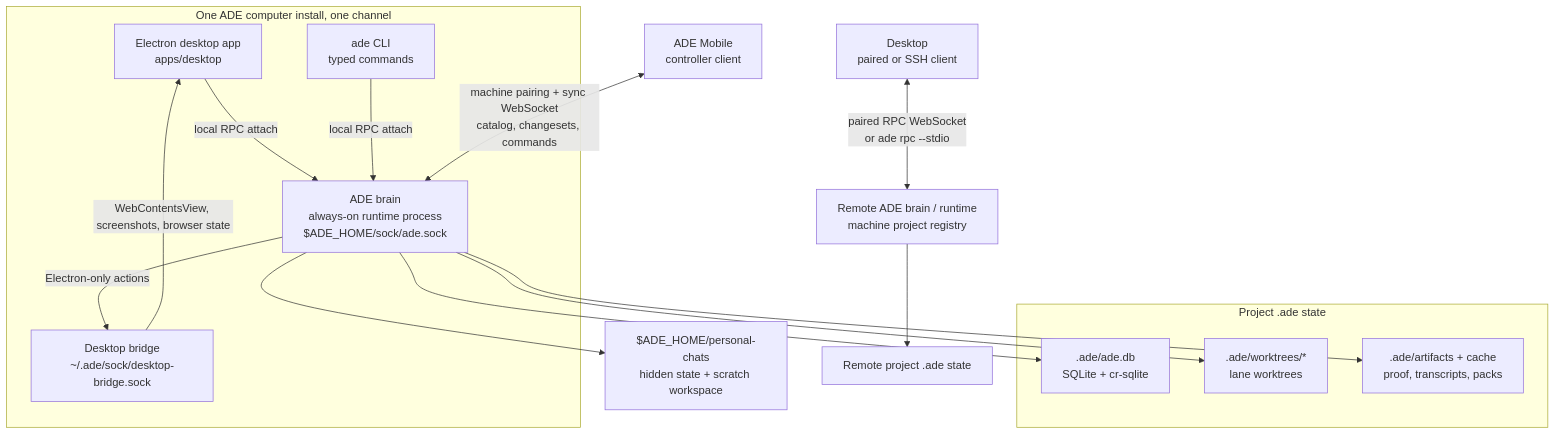
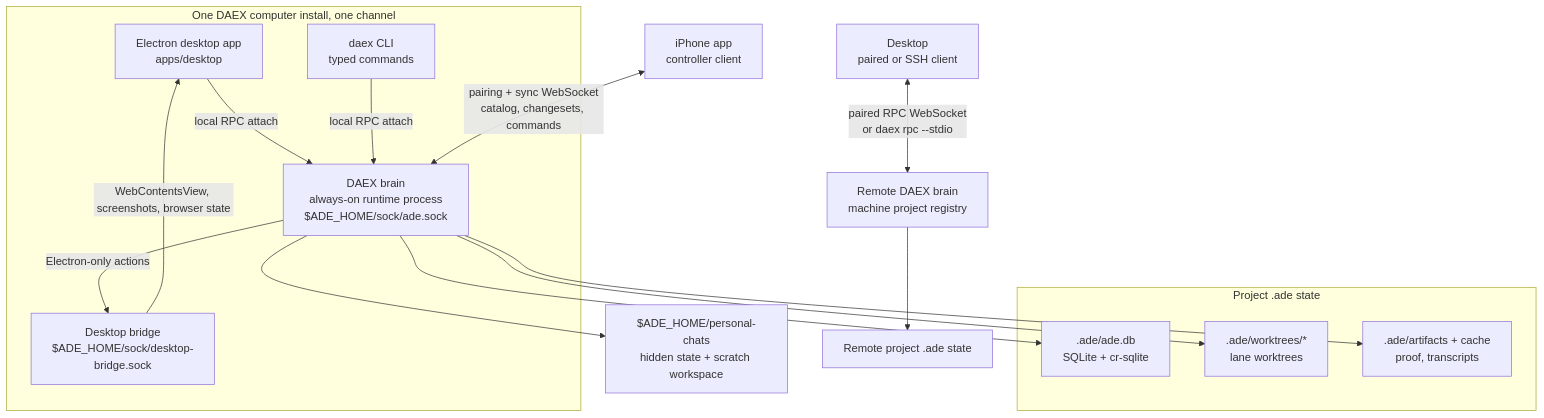
One commit to arul28/ADE changed the diagram in docs/ARCHITECTURE.md. Above: the diagram before and after it, drawn with Mermaid. The commit also changed other lines of this file and 1 other file, not shown here.

First line of the commit message:
docs(brand): PRD and ARCHITECTURE name DAEX; ARCHITECTURE trimmed to a checked entry point

````diff
--- a/docs/ARCHITECTURE.md
+++ b/docs/ARCHITECTURE.md
@@ -17,32 +39,32 @@
 ```mermaid
 flowchart TB
-  subgraph LocalMachine["One ADE computer install, one channel"]
+  subgraph LocalMachine["One DAEX computer install, one channel"]
     Desktop["Electron desktop app<br/>apps/desktop"]
-    Shell["ade CLI<br/>typed commands"]
-    Brain["ADE brain<br/>always-on runtime process<br/>$ADE_HOME/sock/ade.sock"]
-    Bridge["Desktop bridge<br/>~/.ade/sock/desktop-bridge.sock"]
+    Shell["daex CLI<br/>typed commands"]
+    Brain["DAEX brain<br/>always-on runtime process<br/>$ADE_HOME/sock/ade.sock"]
+    Bridge["Desktop bridge<br/>$ADE_HOME/sock/desktop-bridge.sock"]
   end
 
   Desktop -->|"local RPC attach"| Brain
   Shell -->|"local RPC attach"| Brain
   Brain -->|"Electron-only actions"| Bridge
   Bridge -->|"WebContentsView, screenshots, browser state"| Desktop
 
   subgraph ProjectState["Project .ade state"]
     Database[".ade/ade.db<br/>SQLite + cr-sqlite"]
     Lanes[".ade/worktrees/*<br/>lane worktrees"]
-    Artifacts[".ade/artifacts + cache<br/>proof, transcripts, packs"]
+    Artifacts[".ade/artifacts + cache<br/>proof, transcripts"]
   end
 
   Personal["$ADE_HOME/personal-chats<br/>hidden state + scratch workspace"]
 
   Brain --> Database
   Brain --> Lanes
   Brain --> Artifacts
   Brain --> Personal
 
-  IOS["ADE Mobile<br/>controller client"] <-->|"machine pairing + sync WebSocket<br/>catalog, changesets, commands"| Brain
+  IOS["iPhone app<br/>controller client"] <-->|"pairing + sync WebSocket<br/>catalog, changesets, commands"| Brain
 
-  DesktopRemote["Desktop<br/>paired or SSH client"] <-->|"paired RPC WebSocket<br/>or ade rpc --stdio"| RemoteRuntime["Remote ADE brain / runtime<br/>machine project registry"]
+  DesktopRemote["Desktop<br/>paired or SSH client"] <-->|"paired RPC WebSocket<br/>or daex rpc --stdio"| RemoteRuntime["Remote DAEX brain<br/>machine project registry"]
   RemoteRuntime --> RemoteProject["Remote project .ade state"]
 ```
````
